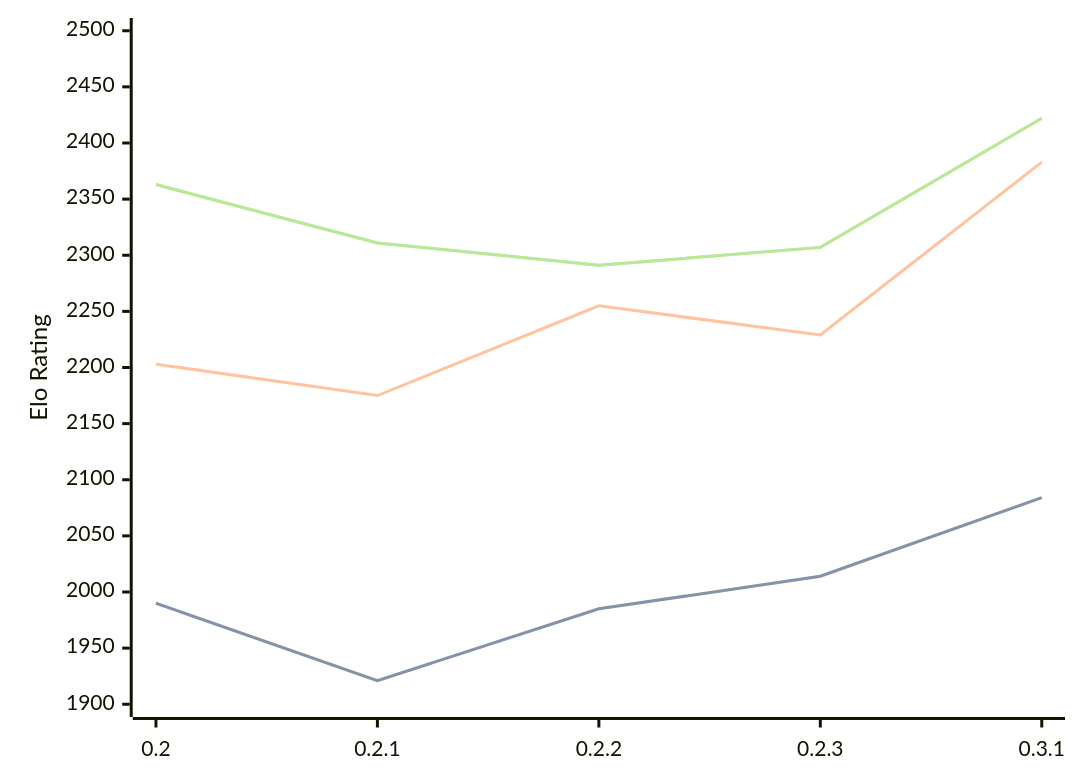
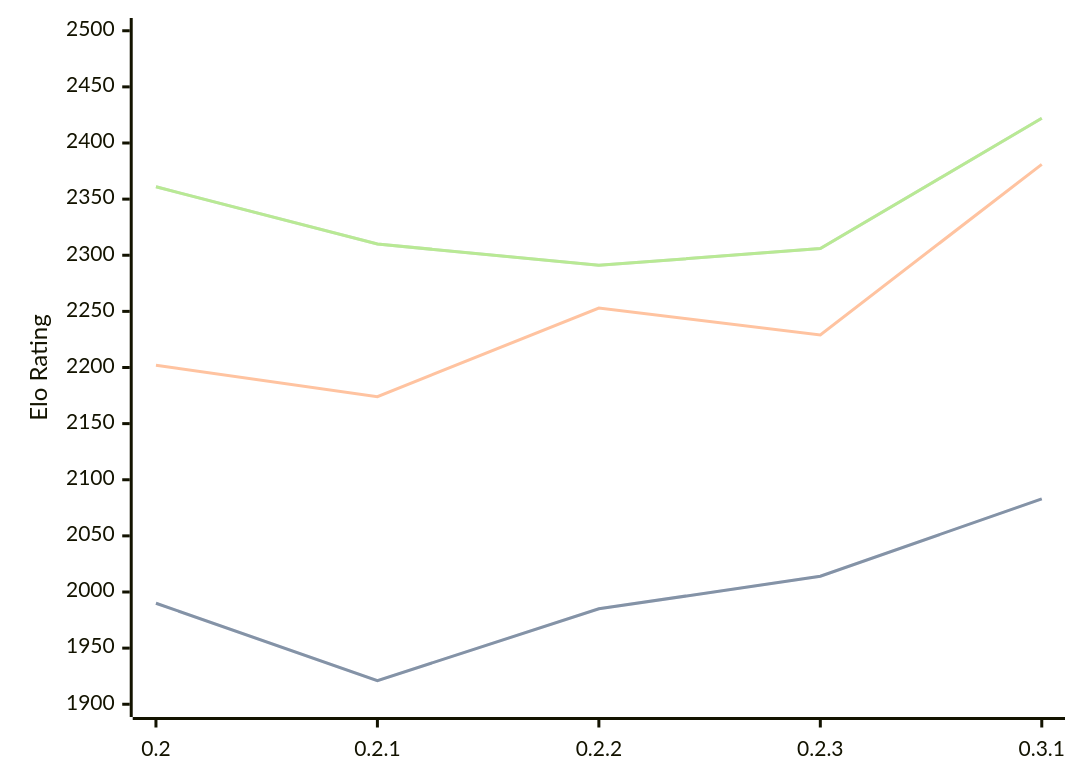
The diagram in engines/Lolbot.md (computer-chess-index/cci), drawn with Mermaid before and after one commit. The commit also changed other lines of this file, not shown here.

Commit message:
Update CCI Ratings (ELO VLTC) - 2026-06-12

````diff
--- a/engines/Lolbot.md
+++ b/engines/Lolbot.md
@@ -36,11 +36,11 @@
 ```mermaid
 %%{init: {"theme":"base","themeVariables":{"seriesColors:['#a3a3a3','#222221','#faa371']}}}%%
 xychart-beta
   x-axis ["0.2", "0.2.1", "0.2.2", "0.2.3", "0.3.1"]
   y-axis "Elo Rating" 1900 --> 2500
-  line "STC (8.0+0.08s)" [1990, 1921, 1985, 2014, 2084]
-  line "STC (8.0+0.08s)" [1990, 1921, 1985, 2014, 2084]
-  line "LTC (60.0+0.60s)" [2203, 2175, 2255, 2229, 2383]
-  line "VLTC (2m24s+1.12s)" [2363, 2311, 2291, 2307, 2422]
-  line "VLTC (2m24s+1.12s)" [2363, 2311, 2291, 2307, 2422]
+  line "STC (8.0+0.08s)" [1990, 1921, 1985, 2014, 2083]
+  line "STC (8.0+0.08s)" [1990, 1921, 1985, 2014, 2083]
+  line "LTC (60.0+0.60s)" [2202, 2174, 2253, 2229, 2381]
+  line "VLTC (2m24s+1.12s)" [2361, 2310, 2291, 2306, 2422]
+  line "VLTC (2m24s+1.12s)" [2361, 2310, 2291, 2306, 2422]
 ```
````
